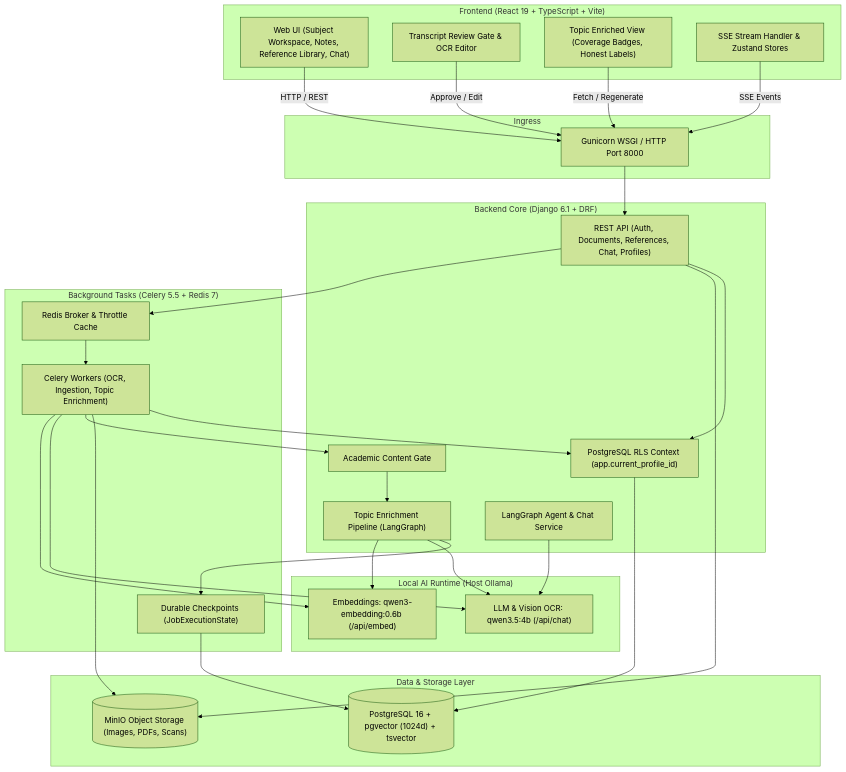
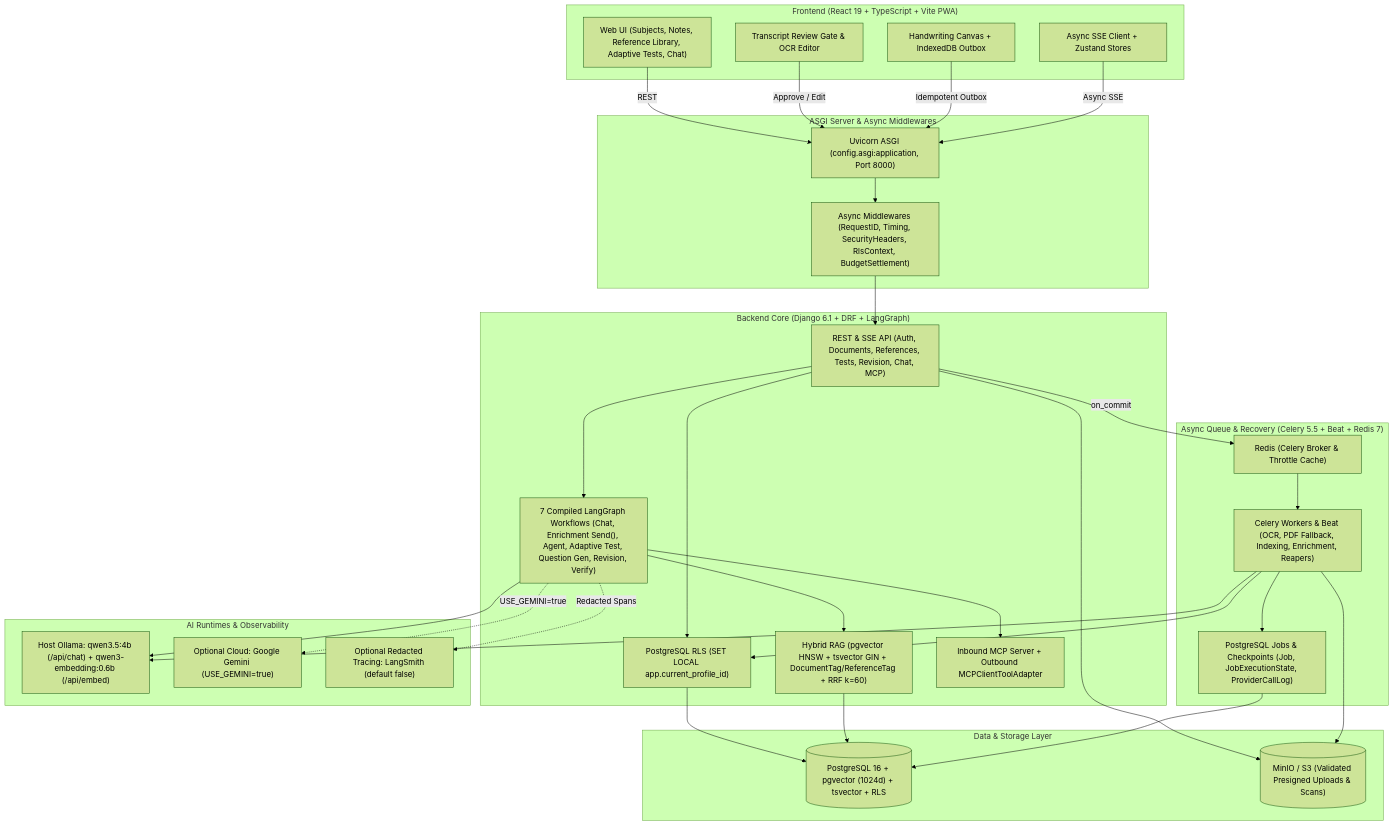
Before and after one commit to yashkmr53/StudyAI: the diagram in README.md, drawn with Mermaid (forest theme). The commit also changed other lines of this file and 1 other file, not shown here.

````diff
--- a/README.md
+++ b/README.md
@@ -117,59 +85,56 @@
 ```mermaid
 flowchart TD
-    subgraph Client ["Frontend (React 19 + TypeScript + Vite)"]
-        UI["Web UI (Subject Workspace, Notes, Reference Library, Chat)"]
+    subgraph Client ["Frontend (React 19 + TypeScript + Vite PWA)"]
+        UI["Web UI (Subjects, Notes, Reference Library, Adaptive Tests, Chat)"]
         ReviewGate["Transcript Review Gate & OCR Editor"]
-        EnrichedView["Topic Enriched View (Coverage Badges, Honest Labels)"]
-        SSE["SSE Stream Handler & Zustand Stores"]
+        CanvasIDB["Handwriting Canvas + IndexedDB Outbox"]
+        SSE["Async SSE Client + Zustand Stores"]
     end
 
-    subgraph ReverseProxy ["Ingress"]
-        GW["Gunicorn WSGI / HTTP Port 8000"]
+    subgraph Runtime ["ASGI Server & Async Middlewares"]
+        UV["Uvicorn ASGI (config.asgi:application, Port 8000)"]
+        MW["Async Middlewares (RequestID, Timing, SecurityHeaders, RlsContext, BudgetSettlement)"]
     end
 
-    subgraph Backend ["Backend Core (Django 6.1 + DRF)"]
-        API["REST API (Auth, Documents, References, Chat, Profiles)"]
-        RLS["PostgreSQL RLS Context (app.current_profile_id)"]
-        ContentGate["Academic Content Gate"]
-        EnrichGraph["Topic Enrichment Pipeline (LangGraph)"]
-        Agent["LangGraph Agent & Chat Service"]
+    subgraph Backend ["Backend Core (Django 6.1 + DRF + LangGraph)"]
+        API["REST & SSE API (Auth, Documents, References, Tests, Revision, Chat, MCP)"]
+        RLS["PostgreSQL RLS (SET LOCAL app.current_profile_id)"]
+        Graphs["7 Compiled LangGraph Workflows (Chat, Enrichment Send(), Agent, Adaptive Test, Question Gen, Revision, Verify)"]
+        RAG["Hybrid RAG (pgvector HNSW + tsvector GIN + DocumentTag/ReferenceTag + RRF k=60)"]
+        MCP["Inbound MCP Server + Outbound MCPClientToolAdapter"]
     end
 
-    subgraph AsyncWorker ["Background Tasks (Celery 5.5 + Redis 7)"]
-        RedisQueue["Redis Broker & Throttle Cache"]
-        Worker["Celery Workers (OCR, Ingestion, Topic Enrichment)"]
-        JobState["Durable Checkpoints (JobExecutionState)"]
+    subgraph AsyncWorker ["Async Queue & Recovery (Celery 5.5 + Beat + Redis 7)"]
+        RedisQueue["Redis (Celery Broker & Throttle Cache)"]
+        Worker["Celery Workers & Beat (OCR, PDF Fallback, Indexing, Enrichment, Reapers)"]
+        JobState["PostgreSQL Jobs & Checkpoints (Job, JobExecutionState, ProviderCallLog)"]
     end
 
-    subgraph AIHost ["Local AI Runtime (Host Ollama)"]
-        OLLAMA_LLM["LLM & Vision OCR: qwen3.5:4b (/api/chat)"]
-        OLLAMA_EMB["Embeddings: qwen3-embedding:0.6b (/api/embed)"]
+    subgraph AIProviders ["AI Runtimes & Observability"]
+        OLLAMA["Host Ollama: qwen3.5:4b (/api/chat) + qwen3-embedding:0.6b (/api/embed)"]
+        GEMINI["Optional Cloud: Google Gemini (USE_GEMINI=true)"]
+        LANGSMITH["Optional Redacted Tracing: LangSmith (default false)"]
     end
 
     subgraph Storage ["Data & Storage Layer"]
-        PG[("PostgreSQL 16 + pgvector (1024d) + tsvector")]
-        MinIO[("MinIO Object Storage (Images, PDFs, Scans)")]
+        PG[("PostgreSQL 16 + pgvector (1024d) + tsvector + RLS")]
+        MinIO[("MinIO / S3 (Validated Presigned Uploads & Scans)")]
     end
 
-    UI -->|HTTP / REST| GW
-    ReviewGate -->|Approve / Edit| GW
-    EnrichedView -->|Fetch / Regenerate| GW
-    SSE -->|SSE Events| GW
-    GW --> API
-    API --> RLS
-    RLS --> PG
+    UI -->|REST| UV
+    ReviewGate -->|Approve / Edit| UV
+    CanvasIDB -->|Idempotent Outbox| UV
+    SSE -->|Async SSE| UV
+    UV --> MW --> API --> RLS --> PG
     API --> MinIO
-    API --> RedisQueue
-    RedisQueue --> Worker
-    Worker --> RLS
+    API --> Graphs
+    Graphs --> RAG --> PG
+    Graphs --> MCP
+    API -->|on_commit| RedisQueue --> Worker --> RLS
+    Worker --> JobState --> PG
     Worker --> MinIO
-    Worker --> ContentGate
-    ContentGate --> EnrichGraph
-    EnrichGraph --> JobState
-    JobState --> PG
-    EnrichGraph --> OLLAMA_LLM
-    EnrichGraph --> OLLAMA_EMB
-    Agent --> OLLAMA_LLM
-    Worker --> OLLAMA_LLM
-    Worker --> OLLAMA_EMB
+    Graphs --> OLLAMA
+    Graphs -.->|USE_GEMINI=true| GEMINI
+    Graphs -.->|Redacted Spans| LANGSMITH
+    Worker --> OLLAMA
 ```
````
